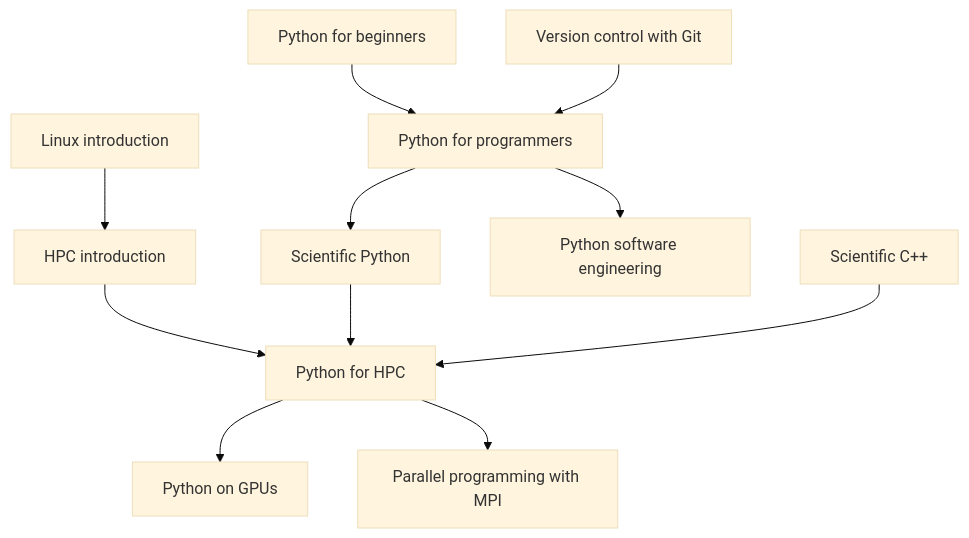
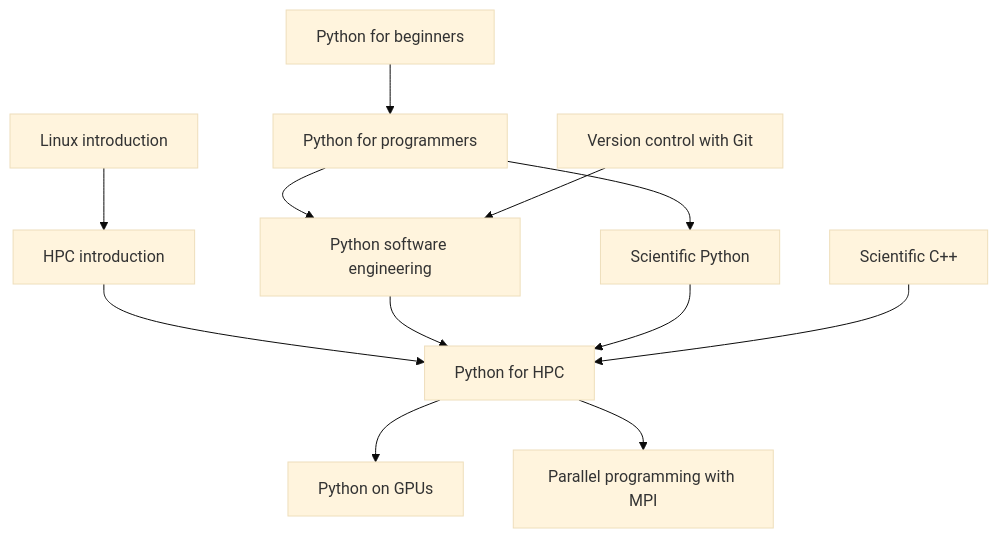
Before and after one commit to gjbex/Training-sessions: the diagram in docs/learning_path_developing_python_hpc_applications.md, drawn with Mermaid (base theme). The commit also changed other lines of this file and 4 other files, not shown here.

````diff
--- a/docs/learning_path_developing_python_hpc_applications.md
+++ b/docs/learning_path_developing_python_hpc_applications.md
@@ -7,24 +7,25 @@
 ```mermaid
 graph TD
   Python_for_beginners[Python for beginners] --> Python_for_programmers[Python for programmers]
-  Version_control_with_git[Version control with Git] --> Python_for_programmers
   Linux_intro[Linux introduction] --> HPC_intro[HPC introduction]
   Python_for_programmers --> Scientific_Python[Scientific Python]
   HPC_intro --> Python_for_HPC[Python for HPC]
   Python_for_programmers --> Python_software_engineering[Python software engineering]
+  Version_control_with_git[Version control with Git] --> Python_software_engineering
+  Python_software_engineering --> Python_for_HPC
   Scientific_Python --> Python_for_HPC[Python for HPC]
   Scientific_Cpp[Scientific C++] --> Python_for_HPC
   Python_for_HPC --> Python_on_GPUs[Python on GPUs]
   Python_for_HPC --> Parallel_programming_with_MPI[Parallel programming with MPI]
   click Version_control_with_git "https://gjbex.github.io/Version-control-with-git" "Version control with Git"
   click Linux_intro "https://gjbex.github.io/Training-sessions/linux_intro" "Linux introduction"
   click HPC_intro "https://gjbex.github.io/Training-sessions/hpc_intro" "HPC introduction"
   click Python_for_beginners "https://gjbex.github.io/Python-for-beginners/" "Python for beginners"
   click Python_for_programmers "https://gjbex.github.io/Python-for-programmers/" "Python for programmers"
   click Python_software_engineering "https://gjbex.github.io/Python-software-engineering/" "Python software engineering"
   click Scientific_Python "https://gjbex.github.io/Scientific-Python/" "Scientific Python"
   click Python_for_HPC "https://gjbex.github.io/Python-for-HPC/" "Python for HPC"
   click Scientific_Cpp "https://gjbex.github.io/Scientific-C-plus-plus/" "Scientific C++"
   click Python_on_GPUs "https://gjbex.github.io/Python-on-GPUs/" "Python on GPUs"
   click Parallel_programming_with_MPI "https://gjbex.github.io/Training-sessions/parallel_programming_with_mpi" "Parallel programming with MPI"
 ```
````
